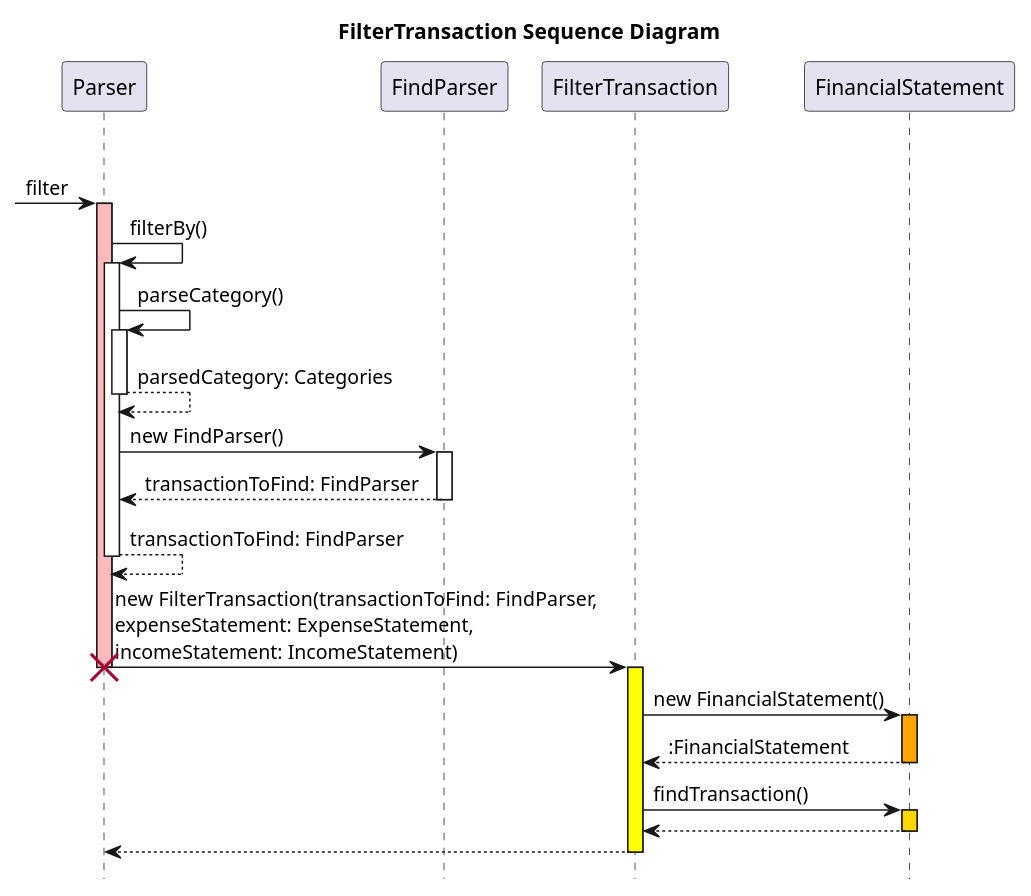
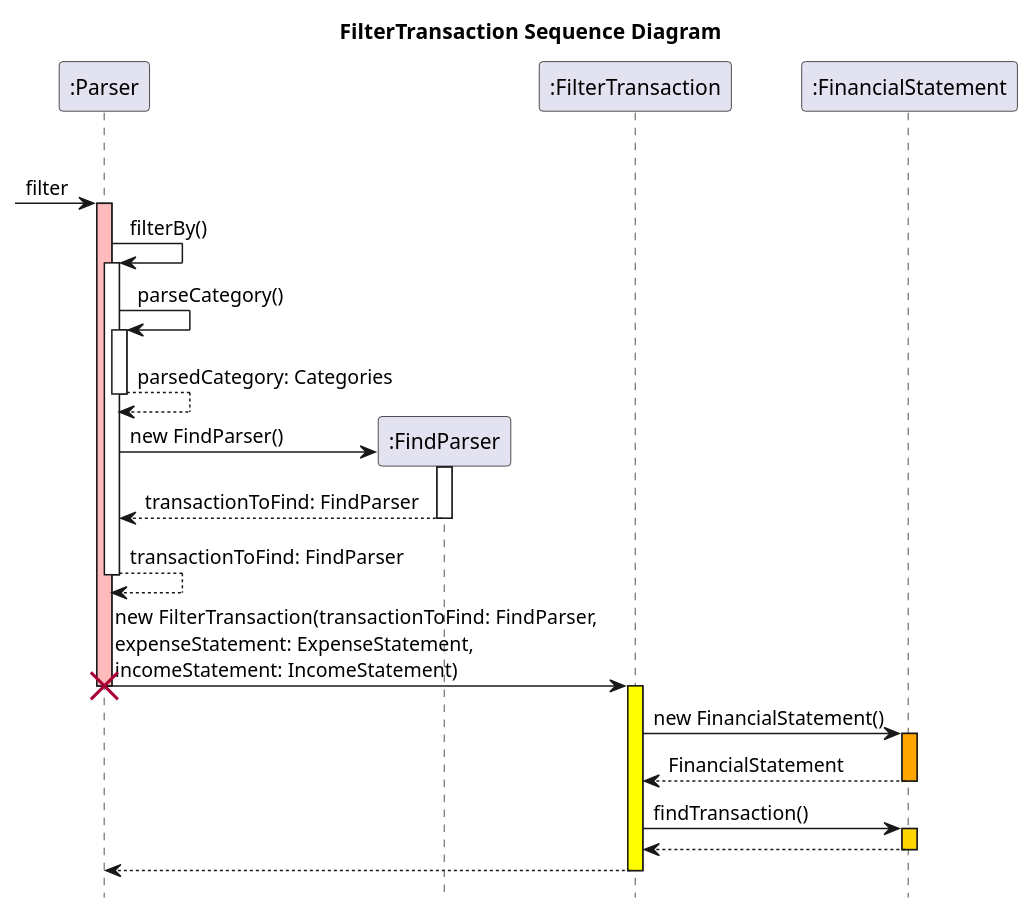
One commit to nus-cs2113-AY2324S1/tp changed the diagram in docs/uml/FilterSequenceDiagram.puml. Above: the diagram before and after it, drawn with PlantUML. The commit also changed other lines of this file and 4 other files, not shown here.

Commit message:
Modify Filter sequence diagram

```diff
--- a/docs/uml/FilterSequenceDiagram.puml
+++ b/docs/uml/FilterSequenceDiagram.puml
@@ -1,39 +41,41 @@
 @startuml
 'https://plantuml.com/sequence-diagram
 title FilterTransaction Sequence Diagram
 hide footbox
 
 opt FILTER
-[-> Parser: filter
-activate Parser #FFBBBB
+[-> ":Parser" : filter
+activate ":Parser" #FFBBBB
 
-Parser -> Parser: filterBy()
-activate Parser
-Parser -> Parser: parseCategory()
-activate Parser
-Parser --> Parser: parsedCategory: Categories
-deactivate Parser
-Parser -> FindParser: new FindParser()
-activate FindParser
-FindParser --> Parser: transactionToFind: FindParser
-deactivate FindParser
-Parser --> Parser: transactionToFind: FindParser
-deactivate Parser
+":Parser" -> ":Parser": filterBy()
+activate ":Parser"
+":Parser" -> ":Parser": parseCategory()
+activate ":Parser"
+":Parser" --> ":Parser": parsedCategory: Categories
+deactivate ":Parser"
+
+create ":FindParser"
+":Parser" -> ":FindParser": new FindParser()
+activate ":FindParser"
+":FindParser" --> ":Parser": transactionToFind: FindParser
+deactivate ":FindParser"
+":Parser" --> ":Parser": transactionToFind: FindParser
+deactivate ":Parser"
 
 
-Parser -> FilterTransaction: new FilterTransaction(transactionToFind: FindParser, \nexpenseStatement: ExpenseStatement, \nincomeStatement: IncomeStatement)
-destroy Parser
+":Parser" -> ":FilterTransaction": new FilterTransaction(transactionToFind: FindParser, \nexpenseStatement: ExpenseStatement, \nincomeStatement: IncomeStatement)
+destroy ":Parser"
 
-activate FilterTransaction #yellow
-FilterTransaction -> FinancialStatement: new FinancialStatement()
-activate FinancialStatement #orange
-return :FinancialStatement
+activate ":FilterTransaction" #yellow
+":FilterTransaction" -> ":FinancialStatement": new FinancialStatement()
+activate ":FinancialStatement" #orange
+return FinancialStatement
 
-FilterTransaction -> FinancialStatement: findTransaction()
-activate FinancialStatement #gold
+":FilterTransaction" -> ":FinancialStatement": findTransaction()
+activate ":FinancialStatement" #gold
 return
 
 return
 
 
 @enduml
```
